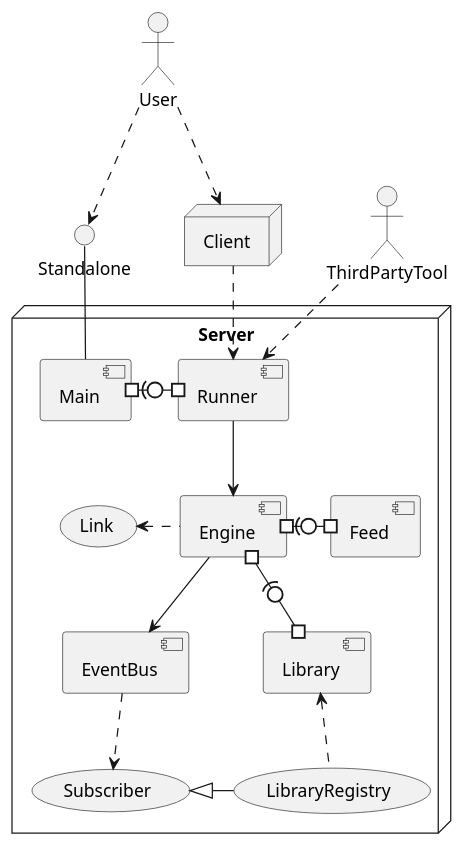
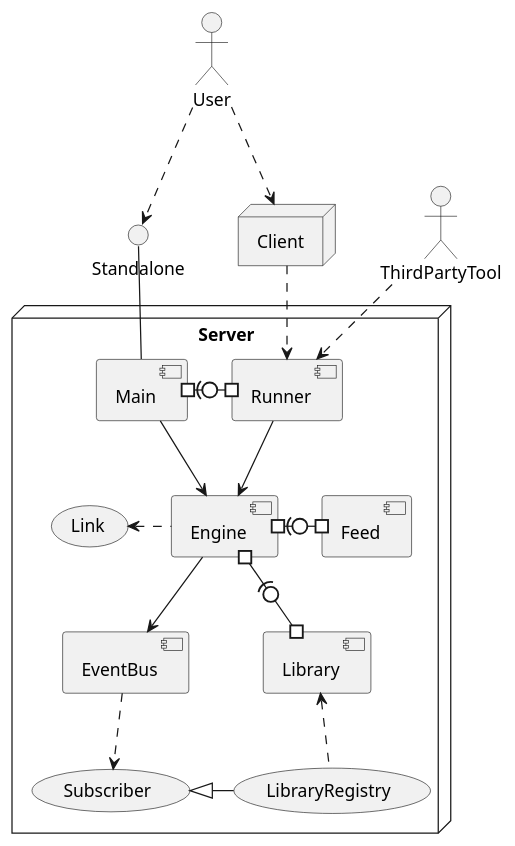
Before and after one commit to MazarineBlue/MazarineBlue: the diagram in src/main/resources/Architectural Overview.puml, drawn with PlantUML. The commit also changed 858 other files, not shown here.

```diff
--- a/src/main/resources/Architectural Overview.puml
+++ b/src/main/resources/Architectural Overview.puml
@@ -1,24 +1,25 @@
 @startuml
 skinparam componentStyle uml2
 
 actor User
 User ..> () Standalone
 User ..> Client
 node Client {
 }
 node Server {
     Standalone -- [Main]
     [Main] #-right(0-# [Runner]
+    [Main] --> [Engine]
     [Runner] --> [Engine]
     [Engine] #-right(0-# [Feed]
     [Engine] .left.> (Link)
 
     [Engine] --> [EventBus]
     [Engine] #-(0-# [Library]
     [EventBus] ..> (Subscriber)
     (LibraryRegistry) .up.> [Library]
     (Subscriber) <|- (LibraryRegistry)
 }
 Client ..> [Runner]
 ThirdPartyTool ..> [Runner]
 @enduml
```
